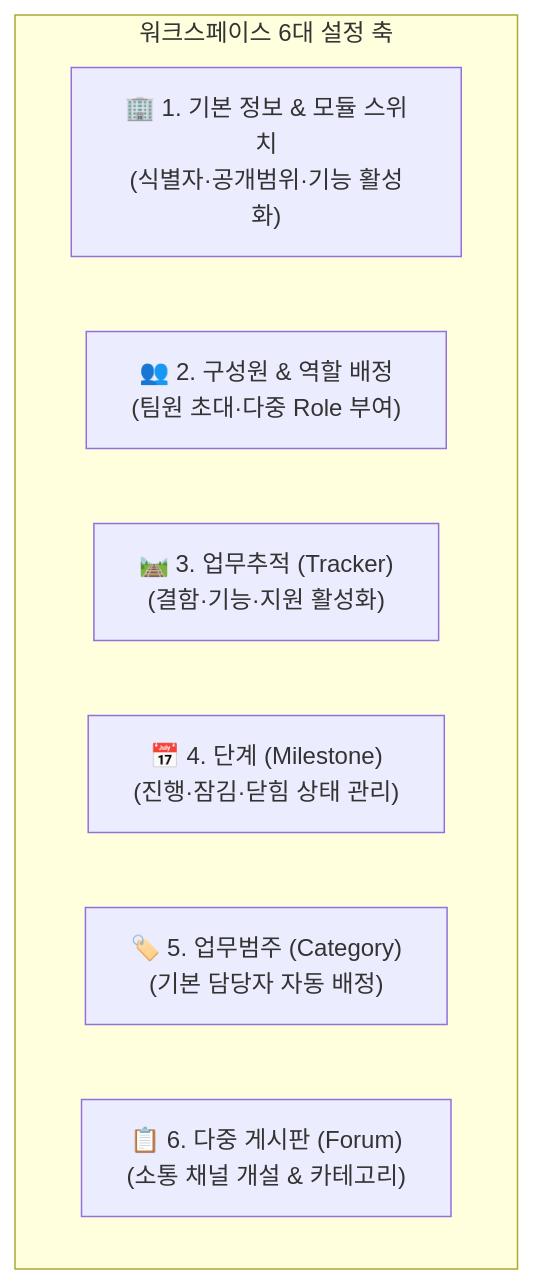
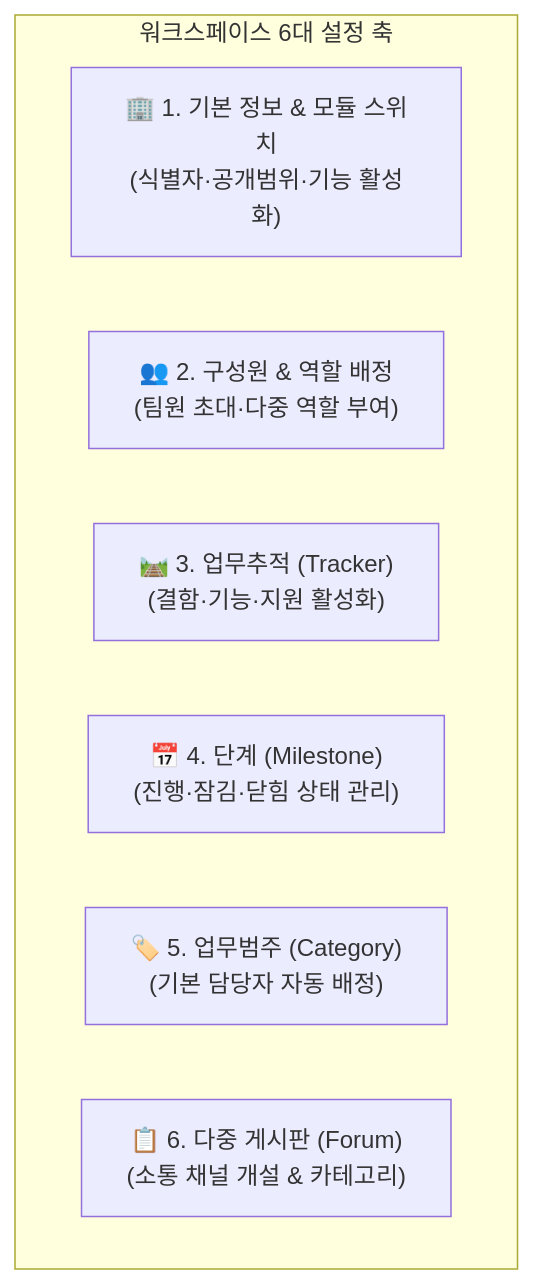
One commit to nc2U/ibs changed the diagram in app/vue/docs/work-manage/settings.md. Above: the diagram before and after it, drawn with Mermaid. The commit also changed other lines of this file and 51 other files, not shown here.

````diff
--- a/app/vue/docs/work-manage/settings.md
+++ b/app/vue/docs/work-manage/settings.md
@@ -14,11 +14,11 @@
 ```mermaid
 flowchart TD
     subgraph 환경설정 ["워크스페이스 6대 설정 축"]
         A["🏢 1. 기본 정보 & 모듈 스위치<br>(식별자·공개범위·기능 활성화)"]
-        B["👥 2. 구성원 & 역할 배정<br>(팀원 초대·다중 Role 부여)"]
+        B["👥 2. 구성원 & 역할 배정<br>(팀원 초대·다중 역할 부여)"]
         C["🛤️ 3. 업무추적 (Tracker)<br>(결함·기능·지원 활성화)"]
         D["📅 4. 단계 (Milestone)<br>(진행·잠김·닫힘 상태 관리)"]
         E["🏷️ 5. 업무범주 (Category)<br>(기본 담당자 자동 배정)"]
         F["📋 6. 다중 게시판 (Forum)<br>(소통 채널 개설 & 카테고리)"]
     end
 ```
````
